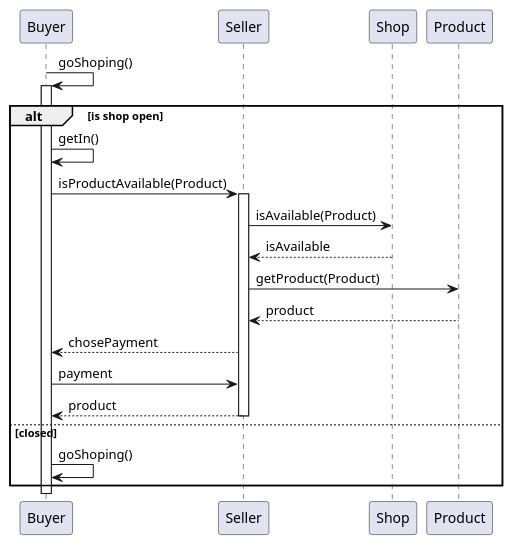
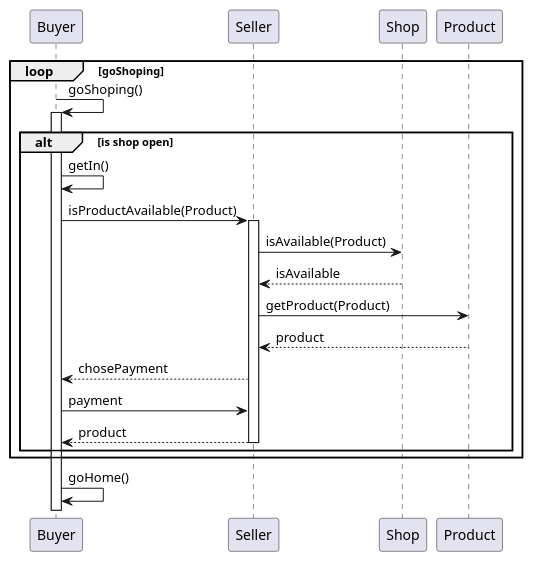
The diagram in 05.11.2023/shopSequenceDiagram.plantuml (Yanes0202/ProgramowanieObiektowe), drawn with PlantUML before and after one commit.

Commit message:
loop added

```diff
--- a/05.11.2023/shopSequenceDiagram.plantuml
+++ b/05.11.2023/shopSequenceDiagram.plantuml
@@ -1,26 +1,26 @@
 @startuml Shop Sequence Diagram
 participant Buyer
 participant Seller
 participant Shop
 participant Product
 
+loop goShoping
 Buyer -> Buyer : goShoping()
 activate Buyer
 
 alt is shop open
 Buyer -> Buyer : getIn()
 Buyer -> Seller : isProductAvailable(Product)
 activate Seller
 Seller -> Shop : isAvailable(Product)
 Shop --> Seller : isAvailable
 Seller -> Product : getProduct(Product)
 Product --> Seller : product
 Seller --> Buyer : chosePayment
 Buyer -> Seller : payment
 Seller --> Buyer : product
 deactivate Seller
-
-else closed
-Buyer -> Buyer : goShoping()
 end
+end
+Buyer -> Buyer : goHome()
 @enduml
```
